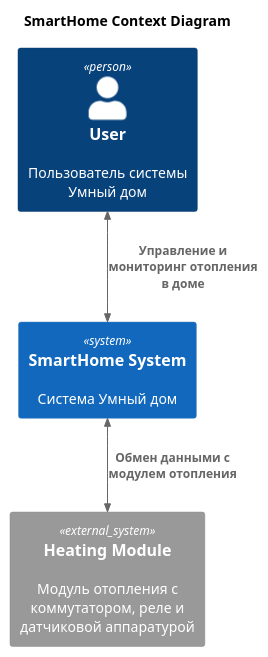
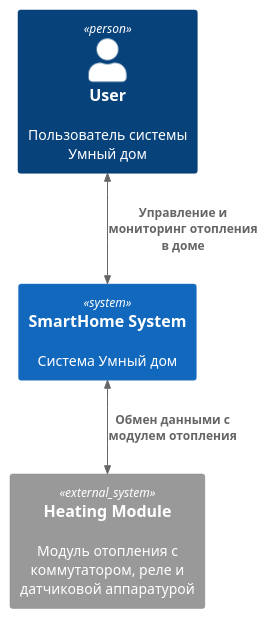
One commit to alex-fullstack/architecture-sprint-3 changed the diagram in docs/architecture/AS IS/context.md. Above: the diagram before and after it, drawn with PlantUML. The commit also changed other lines of this file and 9 other files, not shown here.

````diff
--- a/docs/architecture/AS IS/context.md
+++ b/docs/architecture/AS IS/context.md
@@ -1,17 +5,16 @@
 ```puml
 @startuml
-title SmartHome Context Diagram
 
 top to bottom direction
 
 !include https://raw.githubusercontent.com/plantuml-stdlib/C4-PlantUML/master/C4_Context.puml
 
 Person(user, "User", "Пользователь системы Умный дом")
 System(SmartHomeSystem, "SmartHome System", "Система Умный дом")
 
 
 System_Ext(HeatingModule, "Heating Module", "Модуль отопления с коммутатором, реле и датчиковой аппаратурой")
 BiRel(user, SmartHomeSystem, "Управление и мониторинг отопления в доме")
 BiRel(SmartHomeSystem,HeatingModule,"Обмен данными с модулем отопления")
 @enduml
 ``` 
````
